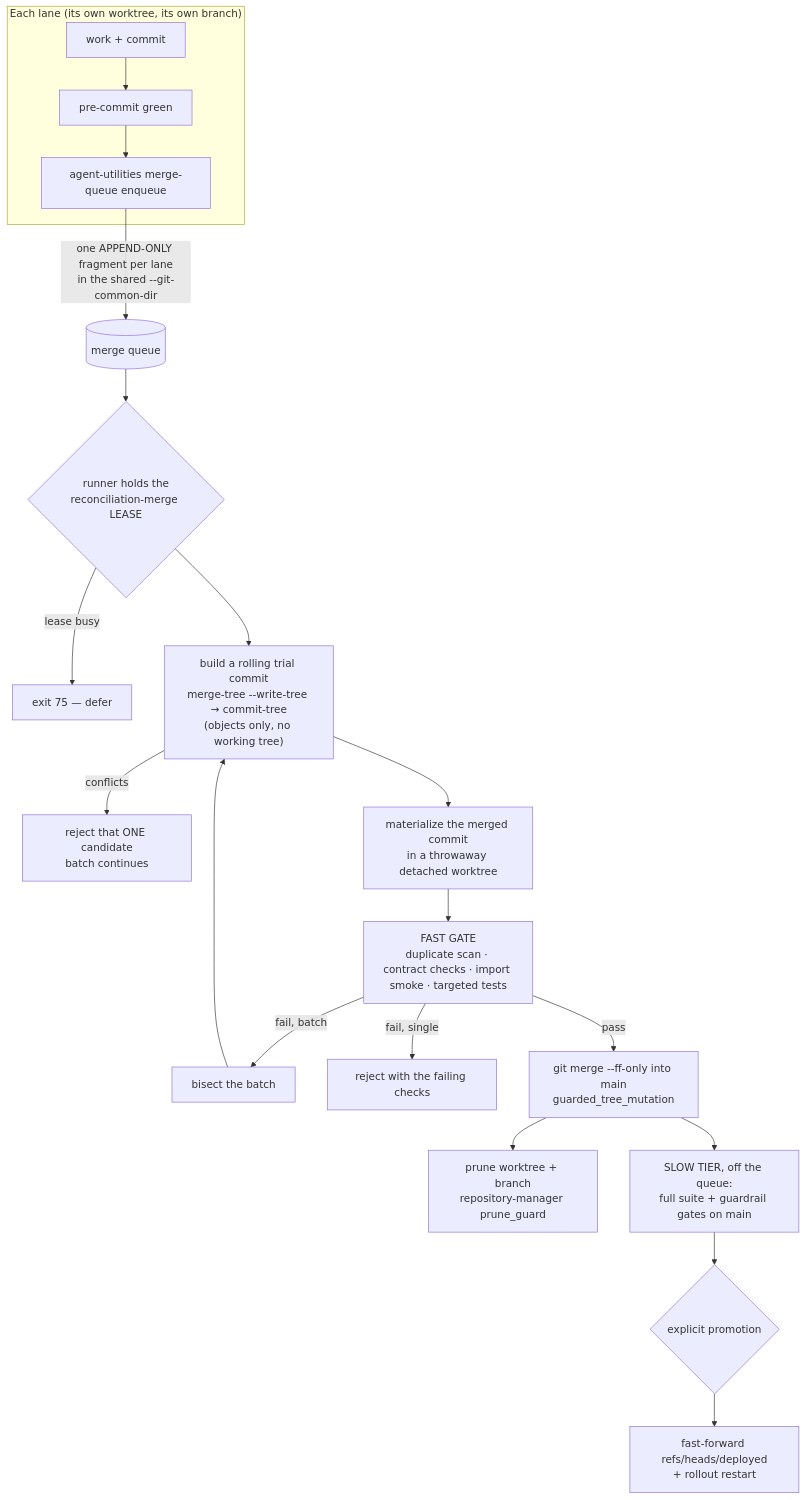
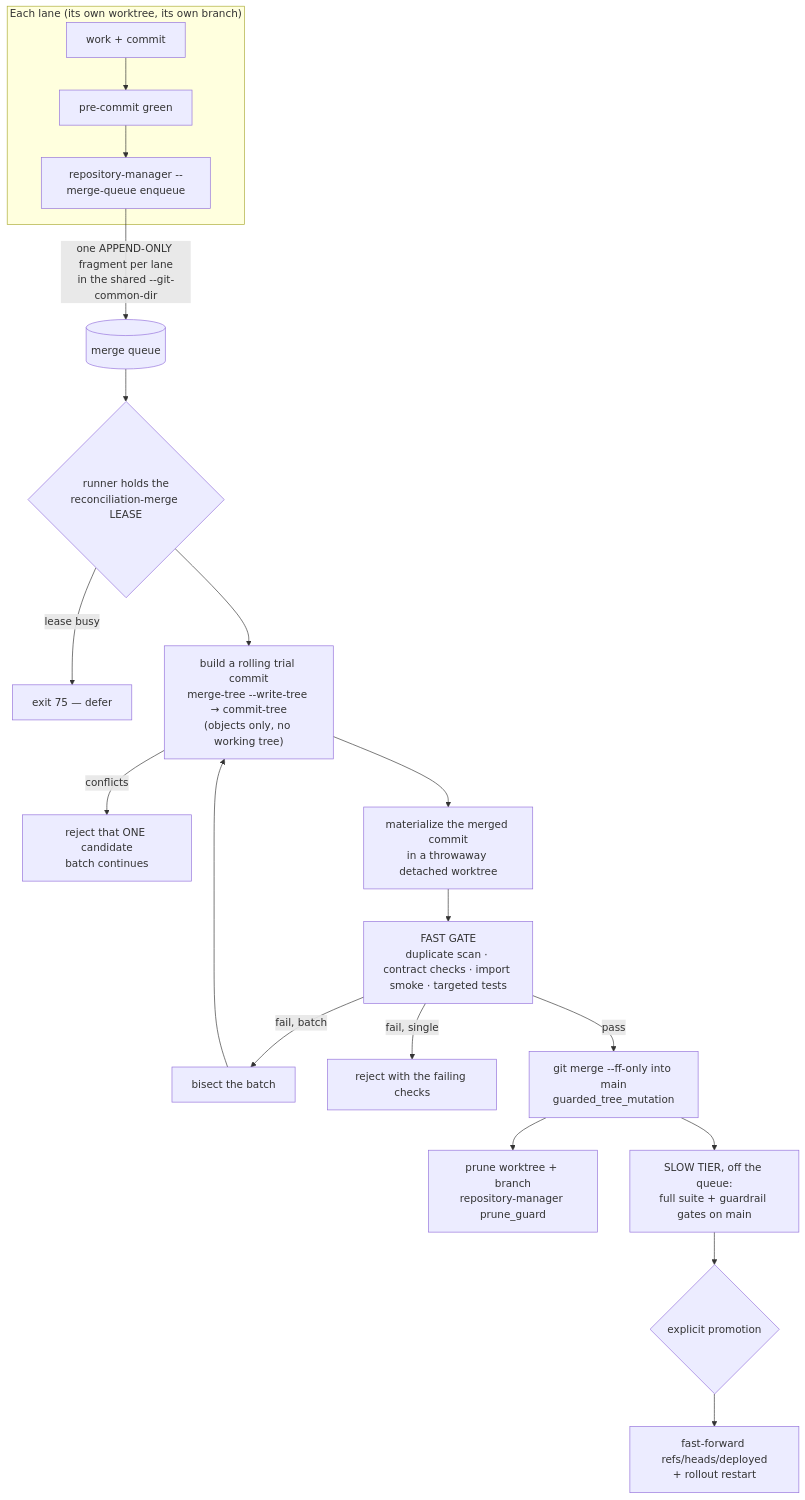
One commit to Knuckles-Team/agent-utilities changed the diagram in docs/architecture/merge-queue.md. Above: the diagram before and after it, drawn with Mermaid. The commit also changed other lines of this file and 66 other files, not shown here.

````diff
--- a/docs/architecture/merge-queue.md
+++ b/docs/architecture/merge-queue.md
@@ -53,21 +61,21 @@
 ```mermaid
 flowchart TD
     subgraph lane["Each lane (its own worktree, its own branch)"]
-        W[work + commit] --> P[pre-commit green] --> E["agent-utilities merge-queue enqueue"]
+        W[work + commit] --> P[pre-commit green] --> E["repository-manager --merge-queue enqueue"]
     end
     E -->|"one APPEND-ONLY fragment per lane<br/>in the shared --git-common-dir"| Q[(merge queue)]
     Q --> R{"runner holds the<br/>reconciliation-merge LEASE"}
     R -->|lease busy| D[exit 75 — defer]
     R --> B["build a rolling trial commit<br/>merge-tree --write-tree → commit-tree<br/>(objects only, no working tree)"]
     B -->|conflicts| RJ1["reject that ONE candidate<br/>batch continues"]
     B --> M["materialize the merged commit<br/>in a throwaway detached worktree"]
     M --> G["FAST GATE<br/>duplicate scan · contract checks · import smoke · targeted tests"]
     G -->|fail, batch| BI["bisect the batch"]
     BI --> B
     G -->|fail, single| RJ2["reject with the failing checks"]
     G -->|pass| L["git merge --ff-only into main<br/>guarded_tree_mutation"]
     L --> PR["prune worktree + branch<br/>repository-manager prune_guard"]
     L --> S["SLOW TIER, off the queue:<br/>full suite + guardrail gates on main"]
     S --> PROM{"explicit promotion"}
     PROM --> DEP["fast-forward refs/heads/deployed<br/>+ rollout restart"]
 ```
````
